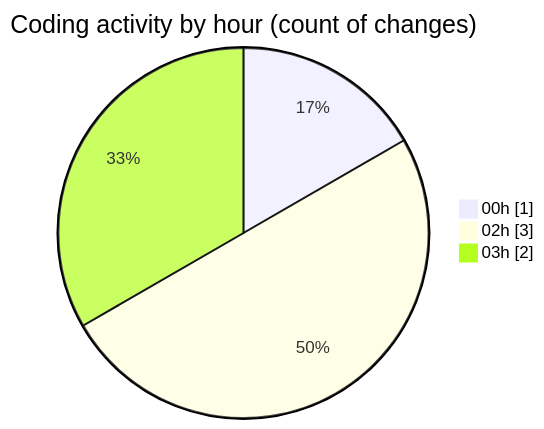
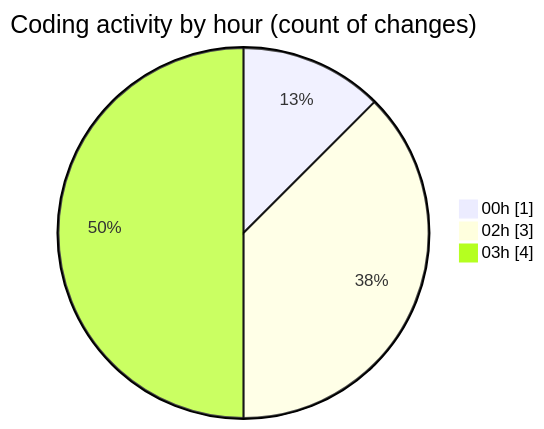
The second of 2 diagrams in 2025-02-19/uber_clone/README.md (donsfak/code-tracking), drawn with Mermaid before and after one commit. The commit also changed other lines of this file and 1 other file, not shown here.

````diff
--- a/2025-02-19/uber_clone/README.md
+++ b/2025-02-19/uber_clone/README.md
@@ -34,7 +36,7 @@
 ```mermaid
 pie showData
 title Coding activity by hour (count of changes)
 "00h" : 1
 "02h" : 3
-"03h" : 2
+"03h" : 4
 ```
````
